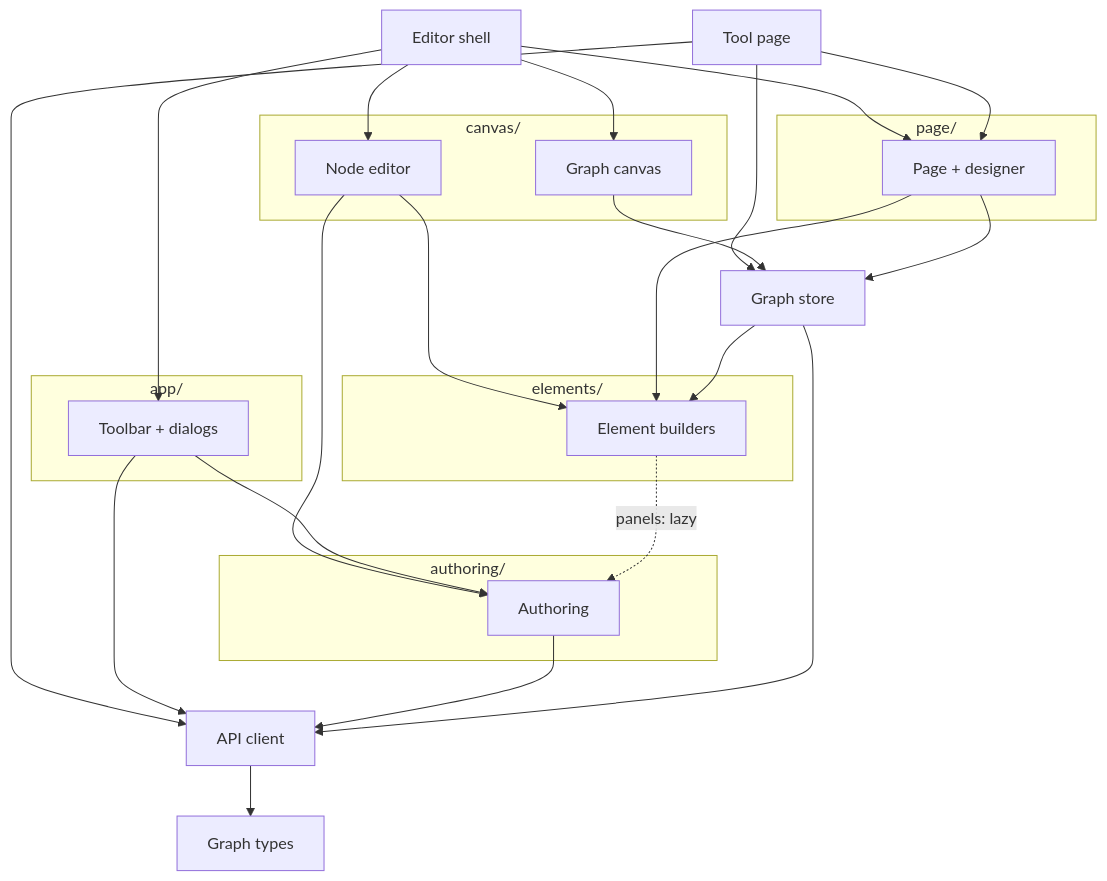
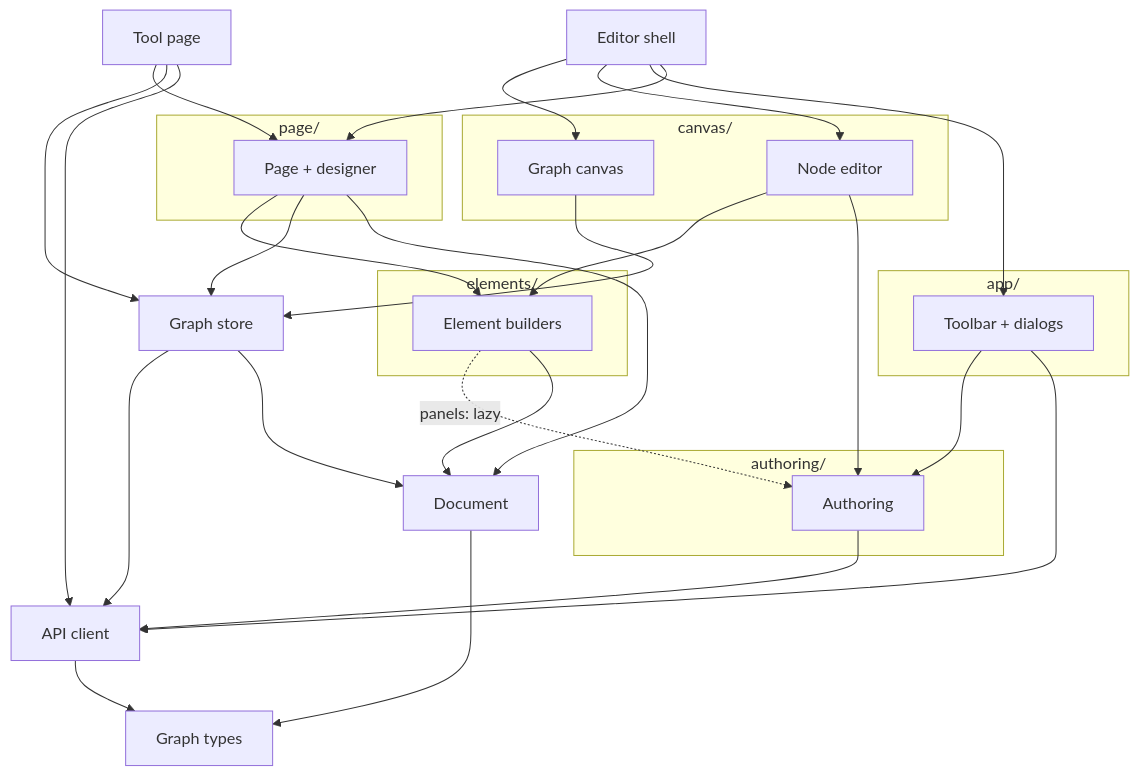
The eighth of 8 diagrams in arch/overview.md (Archimedes79/AI_Graph), drawn with Mermaid before and after one commit. The commit also changed other lines of this file and 88 other files, not shown here.

````diff
--- a/arch/overview.md
+++ b/arch/overview.md
@@ -219,46 +447,50 @@
 ```mermaid
 flowchart TD
   App["Editor shell"]
   Runtime["Tool page"]
 
   subgraph app["app/"]
     Toolbar["Toolbar + dialogs"]
   end
   subgraph canvas["canvas/"]
     Canvas["Graph canvas"]
     NodeEd["Node editor"]
   end
   subgraph page["page/"]
     Page["Page + designer"]
   end
   subgraph elements["elements/"]
     Registry["Element builders"]
   end
   subgraph authoring["authoring/"]
     Authoring["Authoring"]
   end
 
   Store["Graph store"]
+  Document["Document"]
   Client["API client"]
   Graph["Graph types"]
 
   App --> Canvas
   App --> NodeEd
   App --> Toolbar
   App --> Page
   Runtime --> Page
   Runtime --> Store
   Runtime --> Client
   Canvas --> Store
   NodeEd --> Registry
   NodeEd --> Authoring
   Toolbar --> Authoring
   Toolbar --> Client
   Page --> Registry
   Page --> Store
+  Page --> Document
   Registry -. "panels: lazy" .-> Authoring
   Authoring --> Client
   Store --> Client
-  Store --> Registry
+  Store --> Document
+  Registry --> Document
+  Document --> Graph
   Client --> Graph
 ```
````
